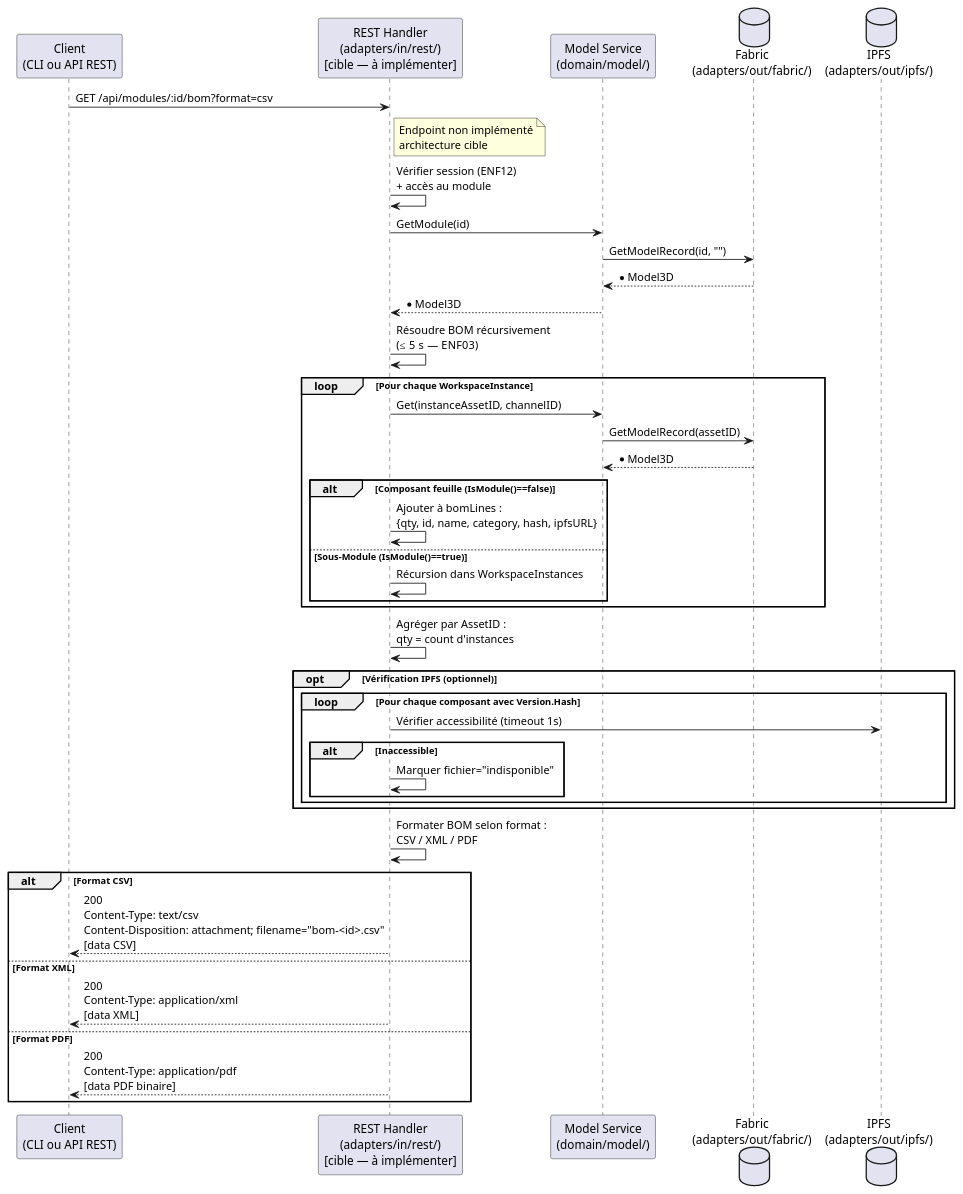
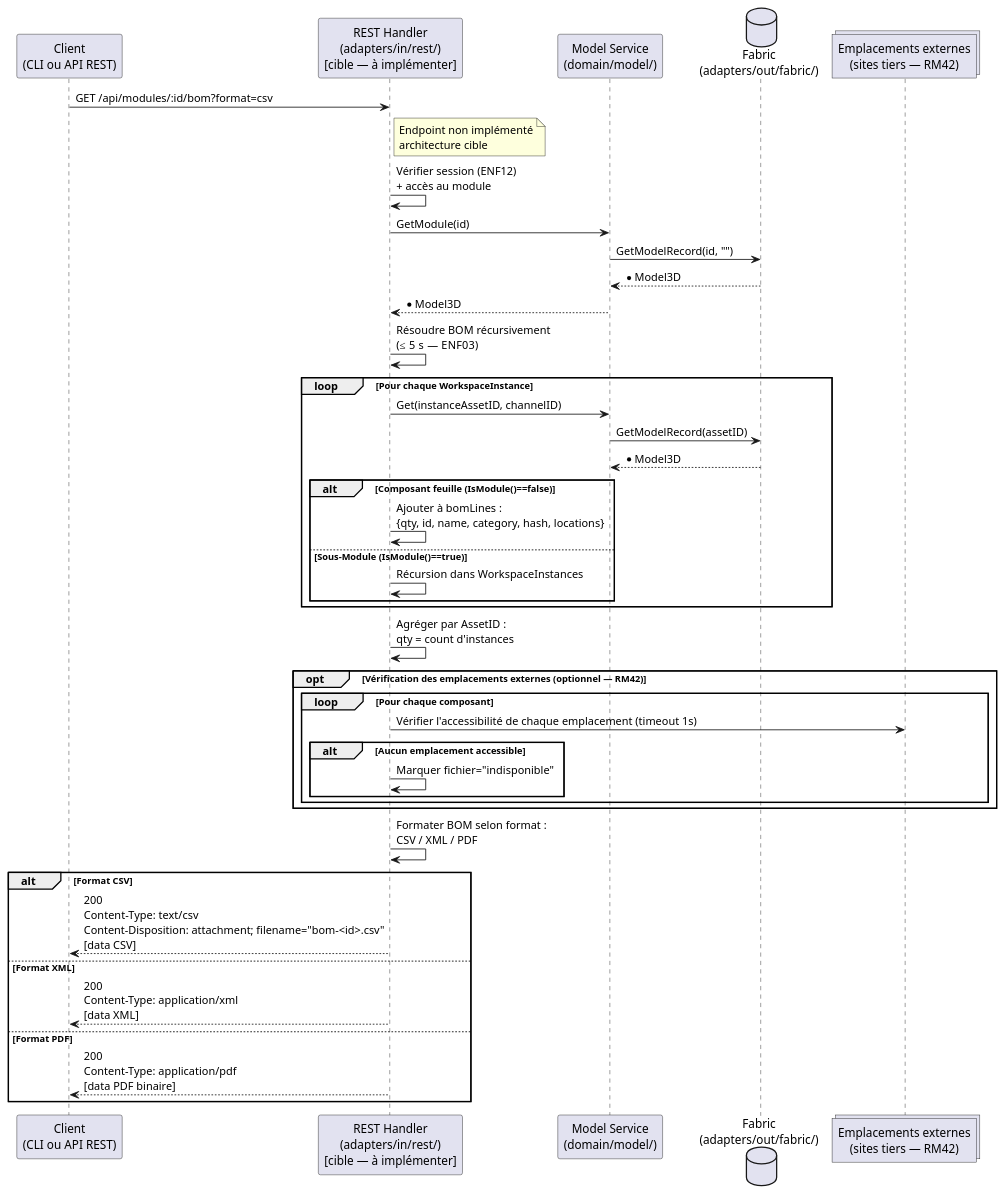
One commit to myr-forge/myr-core changed the second of 2 diagrams in specs/2-Analyse/UCREC-Recherche/UCREC05.md. Above: the diagram before and after it, drawn with PlantUML. The commit also changed other lines of this file and 23 other files, not shown here.

````diff
--- a/specs/2-Analyse/UCREC-Recherche/UCREC05.md
+++ b/specs/2-Analyse/UCREC-Recherche/UCREC05.md
@@ -136,52 +136,52 @@
 ```plantuml
 @startuml
 participant "Client\n(CLI ou API REST)" as Browser
 participant "REST Handler\n(adapters/in/rest/)\n[cible — à implémenter]" as REST
 participant "Model Service\n(domain/model/)" as Service
 database "Fabric\n(adapters/out/fabric/)" as Fabric
-database "IPFS\n(adapters/out/ipfs/)" as IPFS
+collections "Emplacements externes\n(sites tiers — RM42)" as Ext
 
 Browser -> REST : GET /api/modules/:id/bom?format=csv
 note right of REST : Endpoint non implémenté\narchitecture cible
 REST -> REST : Vérifier session (ENF12)\n+ accès au module
 REST -> Service : GetModule(id)
 Service -> Fabric : GetModelRecord(id, "")
 Fabric --> Service : *Model3D
 Service --> REST : *Model3D
 
 REST -> REST : Résoudre BOM récursivement\n(≤ 5 s — ENF03)
 
 loop Pour chaque WorkspaceInstance
     REST -> Service : Get(instanceAssetID, channelID)
     Service -> Fabric : GetModelRecord(assetID)
     Fabric --> Service : *Model3D
 
     alt Composant feuille (IsModule()==false)
-        REST -> REST : Ajouter à bomLines :\n{qty, id, name, category, hash, ipfsURL}
+        REST -> REST : Ajouter à bomLines :\n{qty, id, name, category, hash, locations}
     else Sous-Module (IsModule()==true)
         REST -> REST : Récursion dans WorkspaceInstances
     end
 end
 
 REST -> REST : Agréger par AssetID :\nqty = count d'instances
 
-opt Vérification IPFS (optionnel)
-    loop Pour chaque composant avec Version.Hash
-        REST -> IPFS : Vérifier accessibilité (timeout 1s)
-        alt Inaccessible
+opt Vérification des emplacements externes (optionnel — RM42)
+    loop Pour chaque composant
+        REST -> Ext : Vérifier l'accessibilité de chaque emplacement (timeout 1s)
+        alt Aucun emplacement accessible
             REST -> REST : Marquer fichier="indisponible"
         end
     end
 end
 
 REST -> REST : Formater BOM selon format :\nCSV / XML / PDF
 
 alt Format CSV
     REST --> Browser : 200\nContent-Type: text/csv\nContent-Disposition: attachment; filename="bom-<id>.csv"\n[data CSV]
 else Format XML
     REST --> Browser : 200\nContent-Type: application/xml\n[data XML]
 else Format PDF
     REST --> Browser : 200\nContent-Type: application/pdf\n[data PDF binaire]
 end
 @enduml
 ```
````
